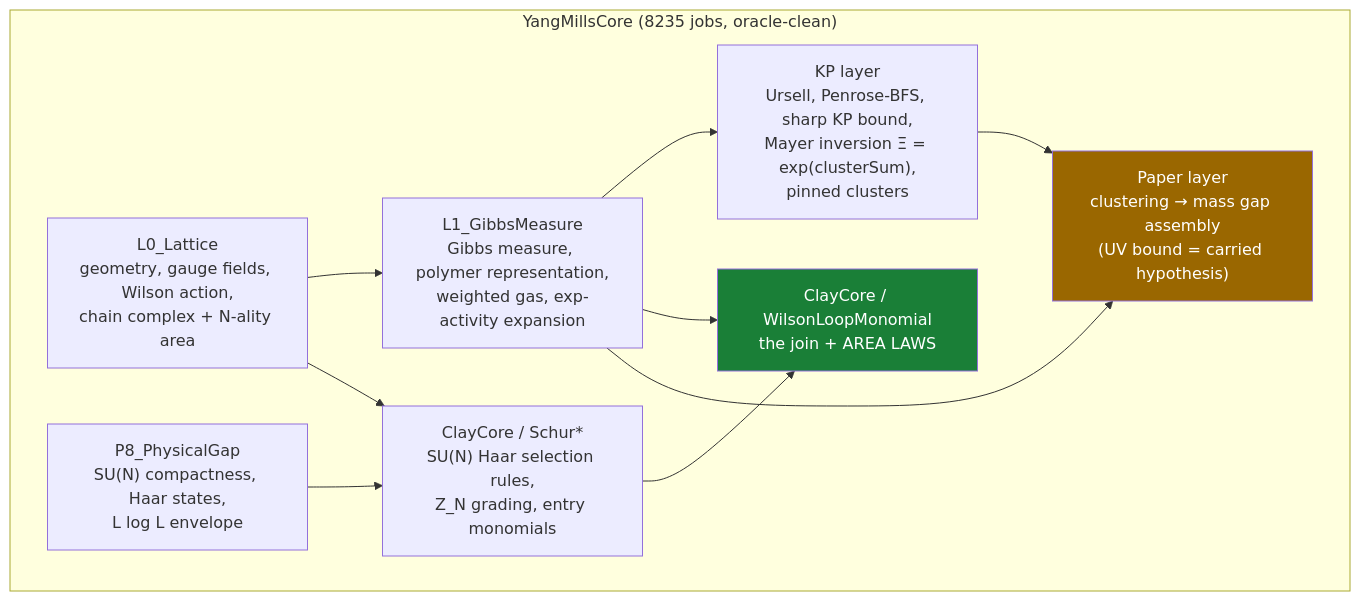
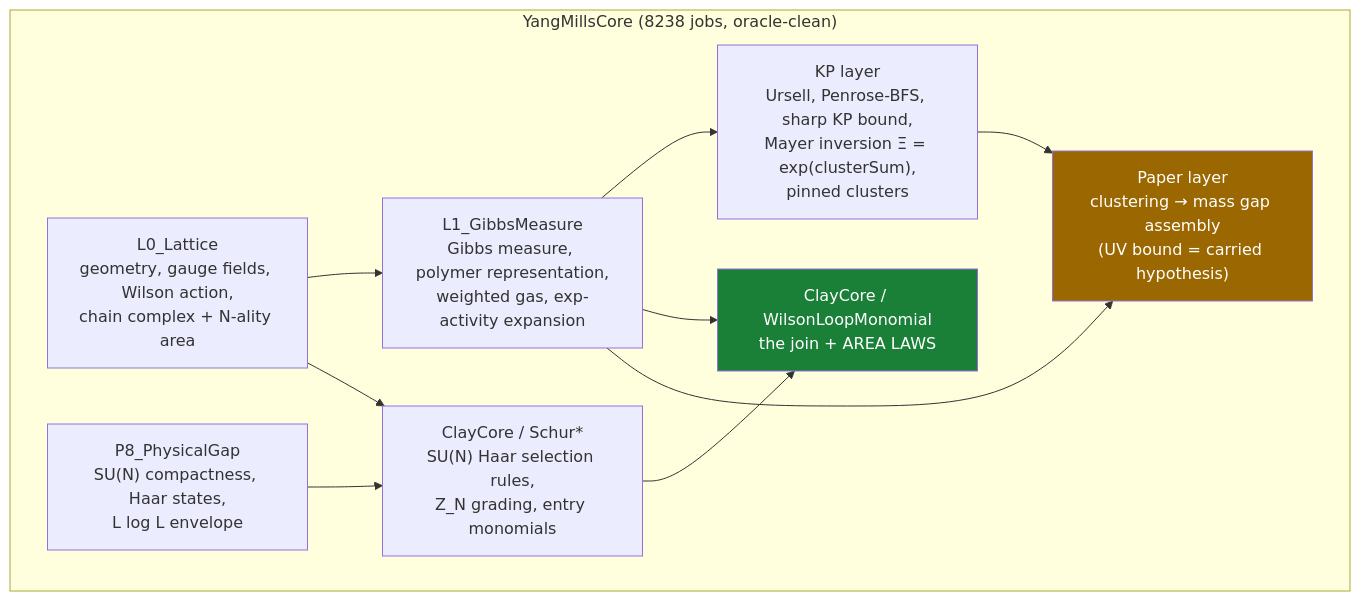
One commit to lluiseriksson/THE-ERIKSSON-PROGRAMME changed the diagram in README.md. Above: the diagram before and after it, drawn with Mermaid. The commit also changed other lines of this file, not shown here.

````diff
--- a/README.md
+++ b/README.md
@@ -166,20 +184,20 @@
 ```mermaid
 graph TD
-    subgraph core["YangMillsCore  (8235 jobs, oracle-clean)"]
+    subgraph core["YangMillsCore  (8238 jobs, oracle-clean)"]
         L0["L0_Lattice<br/>geometry, gauge fields, Wilson action,<br/>chain complex + N-ality area"]
         L1["L1_GibbsMeasure<br/>Gibbs measure, polymer representation,<br/>weighted gas, exp-activity expansion"]
         KP["KP layer<br/>Ursell, Penrose-BFS, sharp KP bound,<br/>Mayer inversion Ξ = exp(clusterSum),<br/>pinned clusters"]
         SCHUR["ClayCore / Schur*<br/>SU(N) Haar selection rules,<br/>Z_N grading, entry monomials"]
         WLM["ClayCore / WilsonLoopMonomial<br/>the join + AREA LAWS"]
         PAPER["Paper layer<br/>clustering → mass gap assembly<br/>(UV bound = carried hypothesis)"]
         P8["P8_PhysicalGap<br/>SU(N) compactness, Haar states,<br/>L log L envelope"]
     end
     L0 --> L1 --> KP
     L0 --> SCHUR --> WLM
     L1 --> WLM
     L1 --> PAPER
     KP --> PAPER
     P8 --> SCHUR
     style WLM fill:#1a7f37,color:#fff
     style PAPER fill:#9a6700,color:#fff
 ```
````
